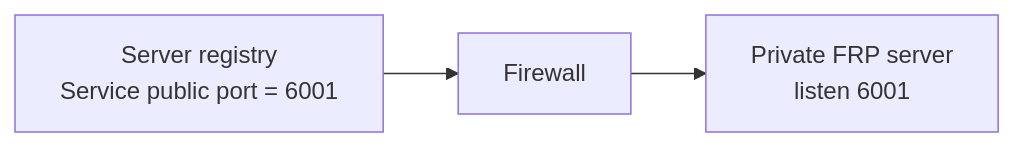
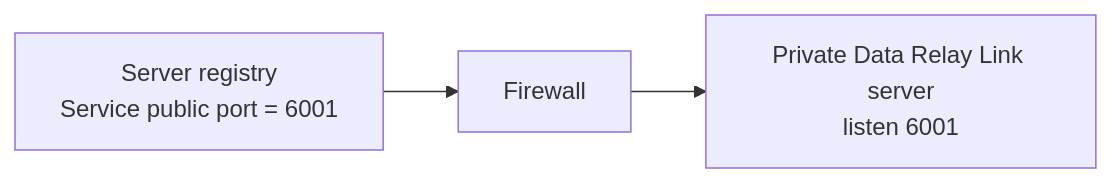
One commit to datarelay-labs/data-relay-link-docs changed the third of 4 diagrams in deployment/firewall-nat.mdx. Above: the diagram before and after it, drawn with Mermaid. The commit also changed other lines of this file and 36 other files, not shown here.

````diff
--- a/deployment/firewall-nat.mdx
+++ b/deployment/firewall-nat.mdx
@@ -70,5 +70,5 @@
 ```mermaid
 flowchart LR
     R[Server registry\nService public port = 6001] --> F[Firewall]
-    F --> S[Private FRP server\nlisten 6001]
+    F --> S[Private Data Relay Link server\nlisten 6001]
 ```
````
